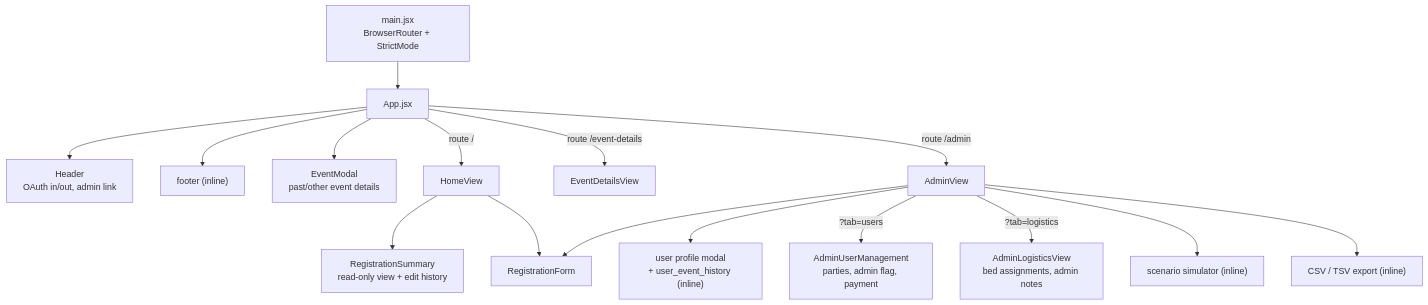
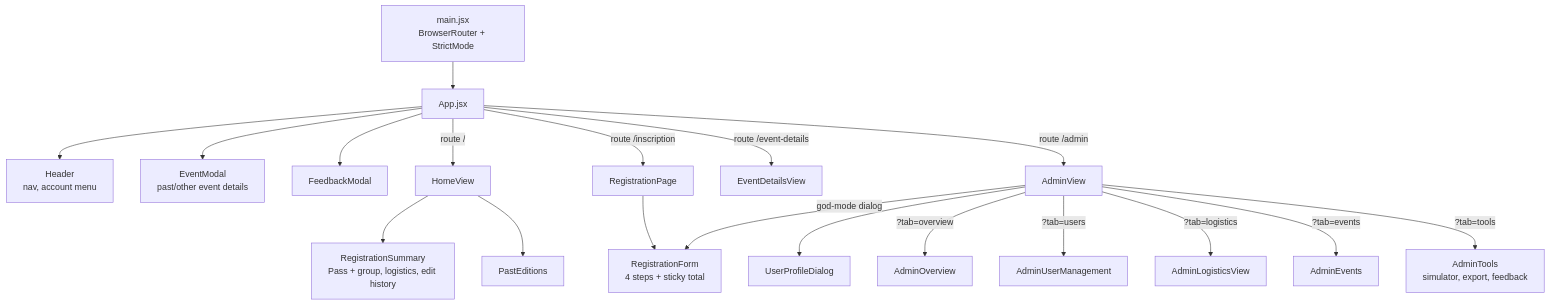
The first of 2 diagrams in docs/05-frontend-guide.md (YULmix/yulmix-la-bedaine), drawn with Mermaid before and after one commit. The commit also changed other lines of this file and 46 other files, not shown here.

````diff
--- a/docs/05-frontend-guide.md
+++ b/docs/05-frontend-guide.md
@@ -23,19 +25,22 @@
 ```mermaid
 flowchart TD
   MAIN["main.jsx<br/>BrowserRouter + StrictMode"] --> APP["App.jsx"]
-  APP --> HEADER["Header<br/>OAuth in/out, admin link"]
-  APP --> FOOTER["footer (inline)"]
+  APP --> HEADER["Header<br/>nav, account menu"]
   APP --> MODAL["EventModal<br/>past/other event details"]
+  APP --> FEEDBACK["FeedbackModal"]
   APP -->|route /| HOME["HomeView"]
+  APP -->|route /inscription| REGPAGE["RegistrationPage"]
   APP -->|route /event-details| DETAILS["EventDetailsView"]
   APP -->|route /admin| ADMIN["AdminView"]
 
-  HOME --> SUMMARY["RegistrationSummary<br/>read-only view + edit history"]
-  HOME --> FORM["RegistrationForm"]
-  ADMIN --> FORM
-  ADMIN --> PROFILEMODAL["user profile modal<br/>+ user_event_history (inline)"]
-  ADMIN -->|"?tab=users"| USERS["AdminUserManagement<br/>parties, admin flag, payment"]
-  ADMIN -->|"?tab=logistics"| LOGISTICS["AdminLogisticsView<br/>bed assignments, admin notes"]
-  ADMIN --> SIM["scenario simulator (inline)"]
-  ADMIN --> EXPORT["CSV / TSV export (inline)"]
+  HOME --> SUMMARY["RegistrationSummary<br/>Pass + group, logistics, edit history"]
+  HOME --> PAST["PastEditions"]
+  REGPAGE --> FORM["RegistrationForm<br/>4 steps + sticky total"]
+  ADMIN -->|"god-mode dialog"| FORM
+  ADMIN --> PROFILE["UserProfileDialog"]
+  ADMIN -->|"?tab=overview"| OVERVIEW["AdminOverview"]
+  ADMIN -->|"?tab=users"| USERS["AdminUserManagement"]
+  ADMIN -->|"?tab=logistics"| LOGISTICS["AdminLogisticsView"]
+  ADMIN -->|"?tab=events"| EVENTS["AdminEvents"]
+  ADMIN -->|"?tab=tools"| TOOLS["AdminTools<br/>simulator, export, feedback"]
 ```
````
